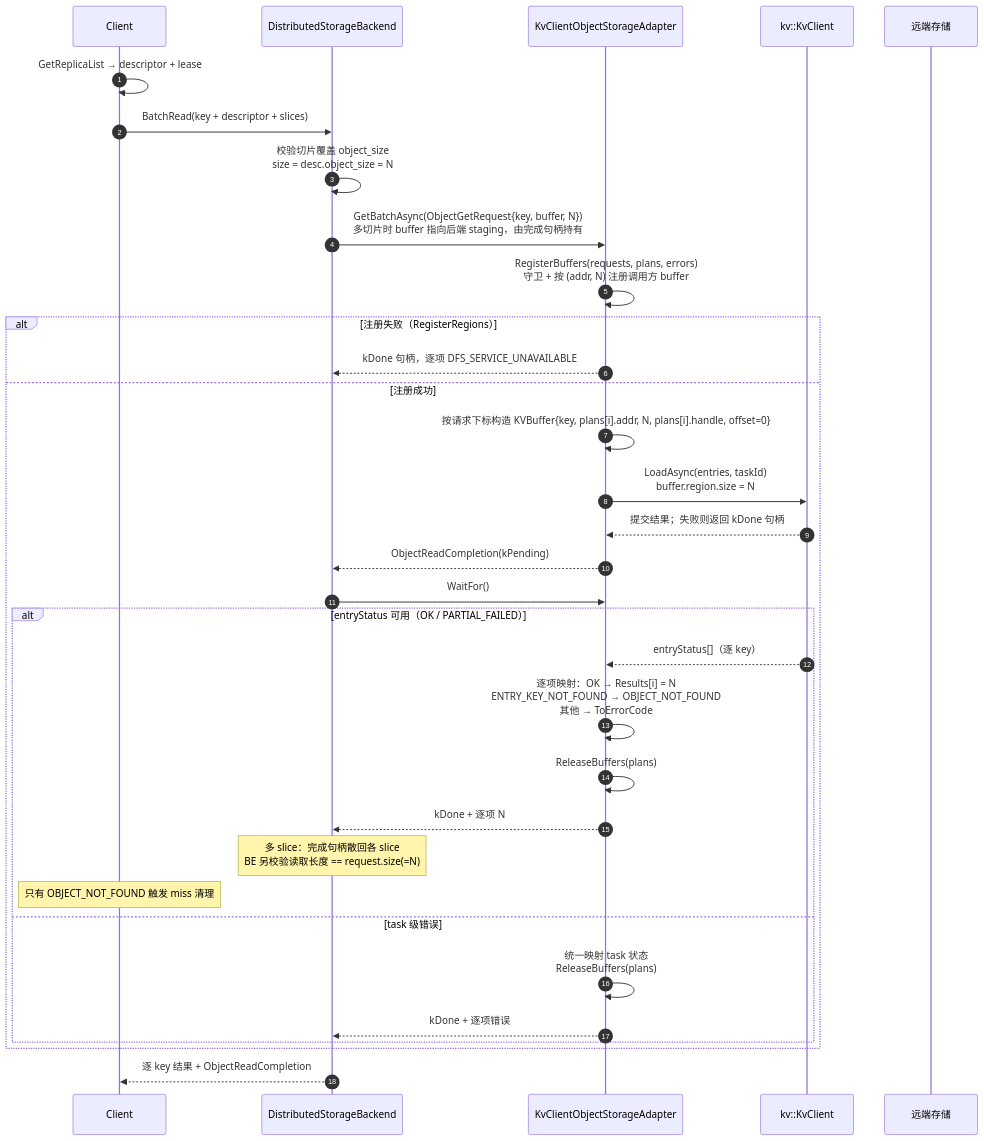
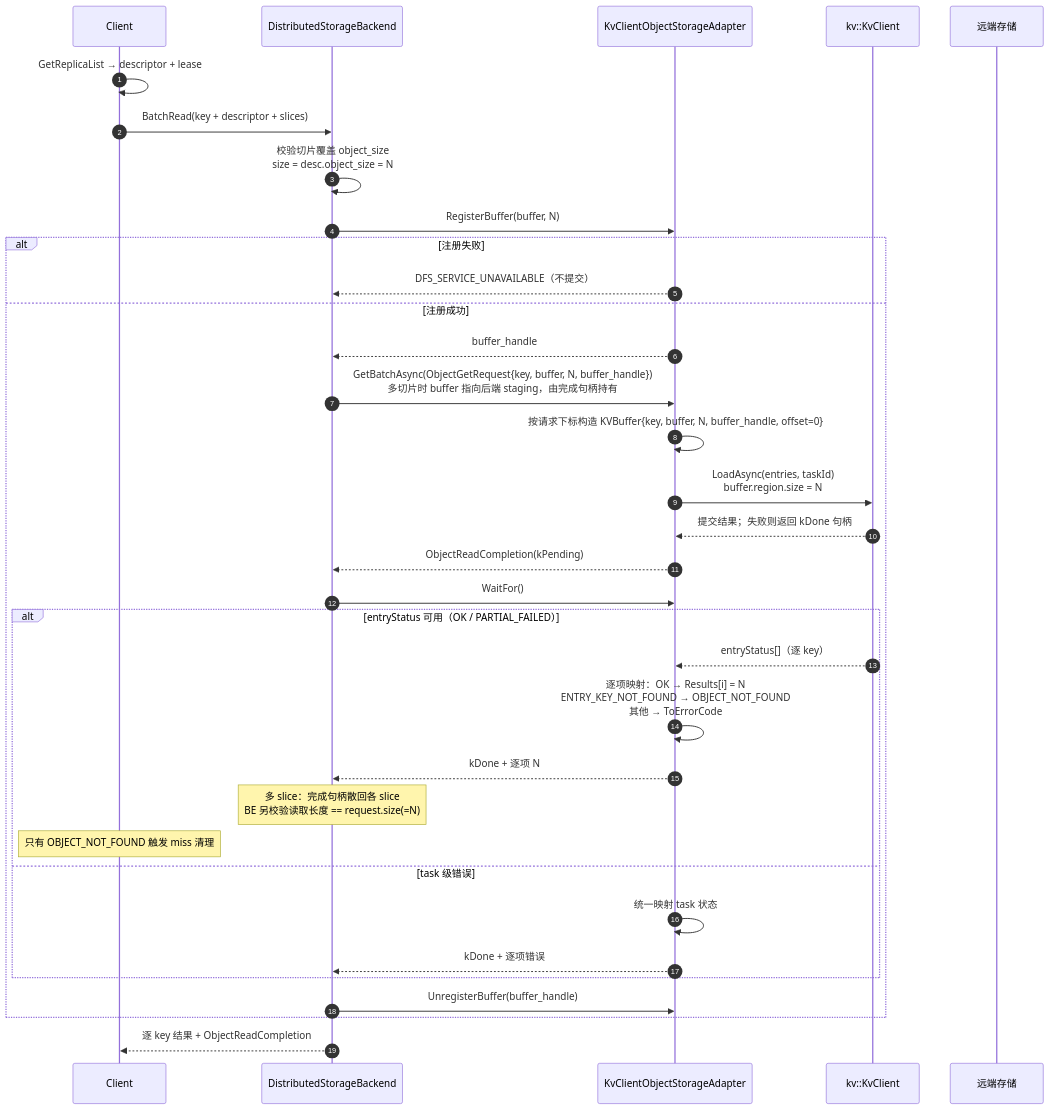
The tenth of 13 diagrams in Mooncake + KVClient L3 接入（Kvcs）- v3.md (zwj20000328-dotcom/Mooncake-documents), drawn with Mermaid before and after one commit. The commit also changed other lines of this file and 2 other files, not shown here.

First line of the commit message:
docs: move kvclient buffer registration to caller-owned handles

````diff
--- a/Mooncake + KVClient L3 接入（Kvcs）- v3.md
+++ b/Mooncake + KVClient L3 接入（Kvcs）- v3.md
@@ -644,36 +649,37 @@
 ```mermaid
 sequenceDiagram
     autonumber
     participant C as Client
     participant BE as DistributedStorageBackend
     participant AD as KvClientObjectStorageAdapter
     participant SDK as kv::KvClient
     participant S as 远端存储
 
     C->>C: GetReplicaList → descriptor + lease
     C->>BE: BatchRead(key + descriptor + slices)
     BE->>BE: 校验切片覆盖 object_size<br/>size = desc.object_size = N
-    BE->>AD: GetBatchAsync(ObjectGetRequest{key, buffer, N})<br/>多切片时 buffer 指向后端 staging，由完成句柄持有
-    AD->>AD: RegisterBuffers(requests, plans, errors)<br/>守卫 + 按 (addr, N) 注册调用方 buffer
-    alt 注册失败（RegisterRegions）
-        AD-->>BE: kDone 句柄，逐项 DFS_SERVICE_UNAVAILABLE
+    BE->>AD: RegisterBuffer(buffer, N)
+    alt 注册失败
+        AD-->>BE: DFS_SERVICE_UNAVAILABLE（不提交）
     else 注册成功
-        AD->>AD: 按请求下标构造 KVBuffer{key, plans[i].addr, N, plans[i].handle, offset=0}
+        AD-->>BE: buffer_handle
+        BE->>AD: GetBatchAsync(ObjectGetRequest{key, buffer, N, buffer_handle})<br/>多切片时 buffer 指向后端 staging，由完成句柄持有
+        AD->>AD: 按请求下标构造 KVBuffer{key, buffer, N, buffer_handle, offset=0}
         AD->>SDK: LoadAsync(entries, taskId)<br/>buffer.region.size = N
         SDK-->>AD: 提交结果；失败则返回 kDone 句柄
         AD-->>BE: ObjectReadCompletion(kPending)
         BE->>AD: WaitFor()
         alt entryStatus 可用（OK / PARTIAL_FAILED）
             SDK-->>AD: entryStatus[]（逐 key）
             AD->>AD: 逐项映射：OK → Results[i] = N<br/>ENTRY_KEY_NOT_FOUND → OBJECT_NOT_FOUND<br/>其他 → ToErrorCode
-            AD->>AD: ReleaseBuffers(plans)
             AD-->>BE: kDone + 逐项 N
             Note over BE: 多 slice：完成句柄散回各 slice<br/>BE 另校验读取长度 == request.size(=N)
             Note over C: 只有 OBJECT_NOT_FOUND 触发 miss 清理
         else task 级错误
-            AD->>AD: 统一映射 task 状态<br/>ReleaseBuffers(plans)
+            AD->>AD: 统一映射 task 状态
             AD-->>BE: kDone + 逐项错误
         end
+        BE->>AD: UnregisterBuffer(buffer_handle)
     end
     BE-->>C: 逐 key 结果 + ObjectReadCompletion
 ```
````
